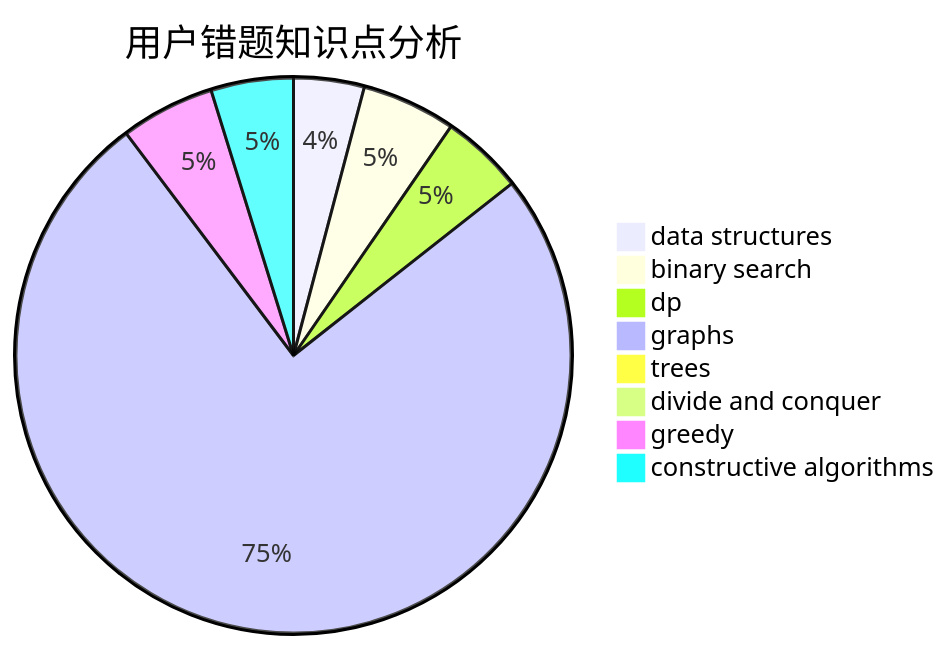
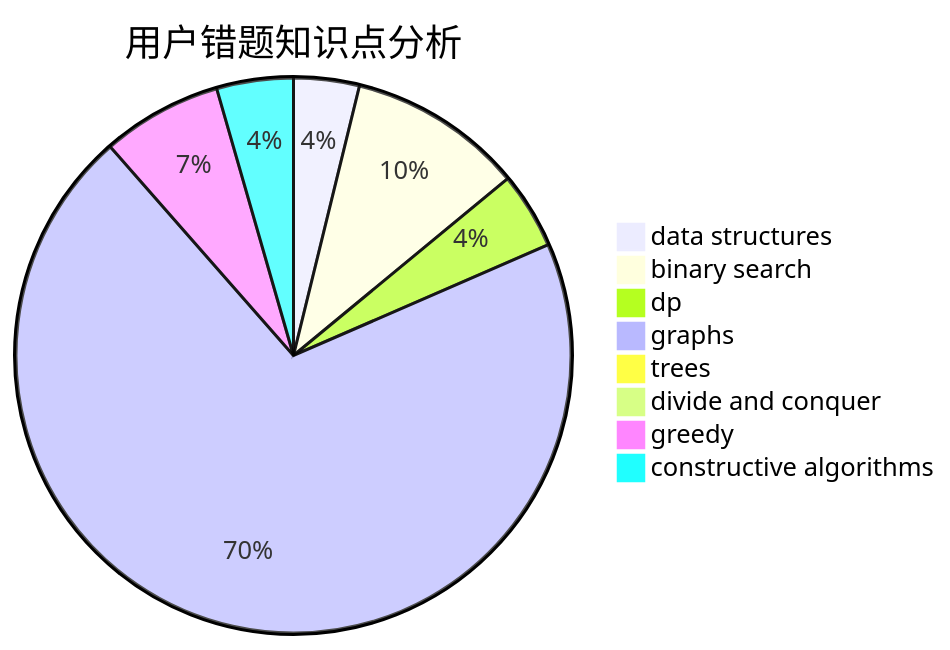
Before and after one commit to sherpahu/cfrs.github.io: the third of 3 diagrams in docs/user/u620.md, drawn with Mermaid. The commit also changed other lines of this file and 2770 other files, not shown here.

````diff
--- a/docs/user/u620.md
+++ b/docs/user/u620.md
@@ -36,11 +36,11 @@
 ```mermaid
 pie title 用户错题知识点分析
     "data structures" :  6
-    "binary search" :  8
+    "binary search" :  16
     "dp" :  7
     "graphs" :  110
     "trees" :  0
     "divide and conquer" :  0
-    "greedy" :  8
+    "greedy" :  11
     "constructive algorithms" :  7
 ```
````
